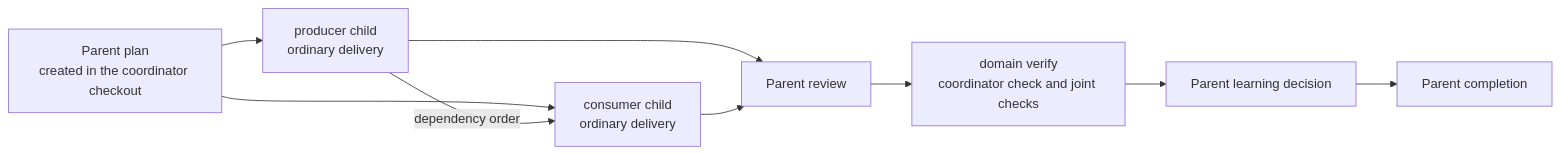
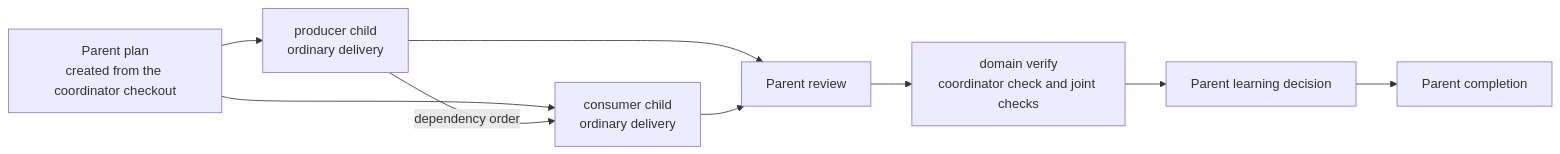
Before and after one commit to noodlemind/adaptive-engineering: the third of 3 diagrams in docs/reference/domains.md, drawn with Mermaid. The commit also changed 7 other files, not shown here.

````diff
--- a/docs/reference/domains.md
+++ b/docs/reference/domains.md
@@ -140,11 +140,11 @@
 ```mermaid
 flowchart LR
-  parent["Parent plan<br/>created in the coordinator checkout"] --> producer["producer child<br/>ordinary delivery"]
+  parent["Parent plan<br/>created from the coordinator checkout"] --> producer["producer child<br/>ordinary delivery"]
   parent --> consumer["consumer child<br/>ordinary delivery"]
   producer -->|"dependency order"| consumer
   producer --> review["Parent review"]
   consumer --> review
   review --> verify["domain verify<br/>coordinator check and joint checks"]
   verify --> learn["Parent learning decision"]
   learn --> done["Parent completion"]
 ```
````
